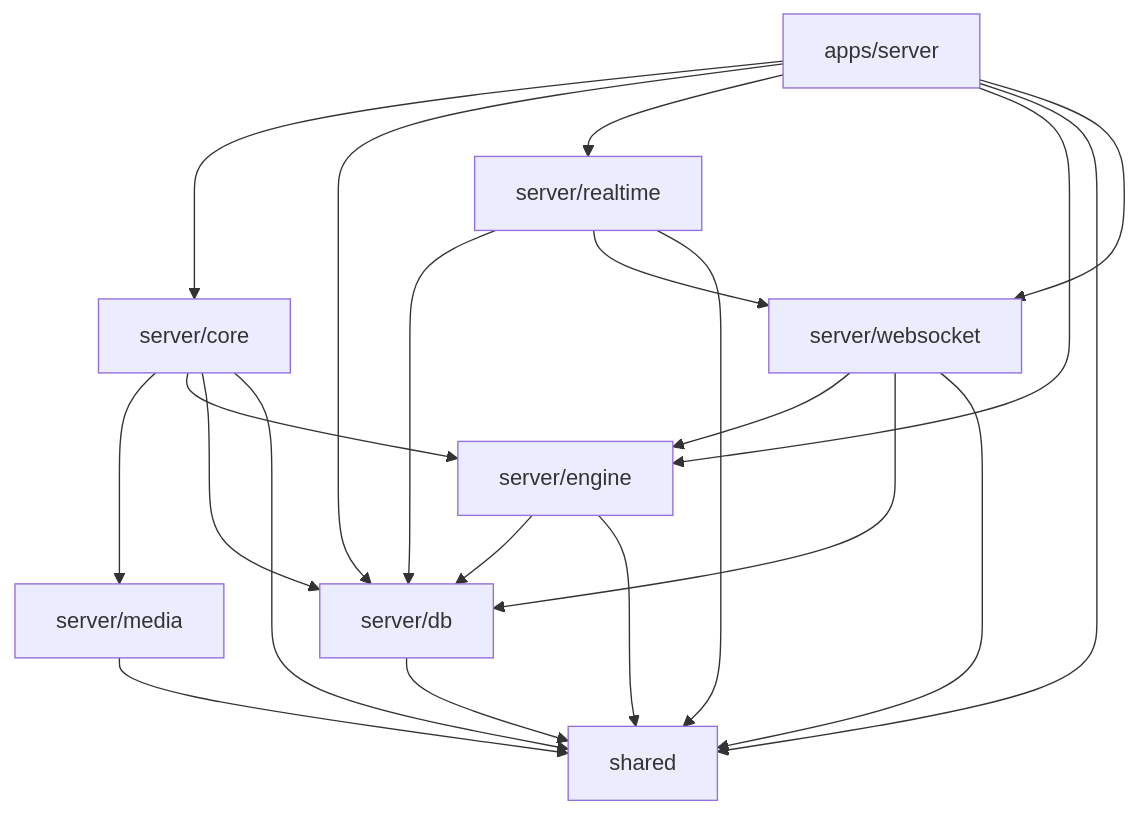
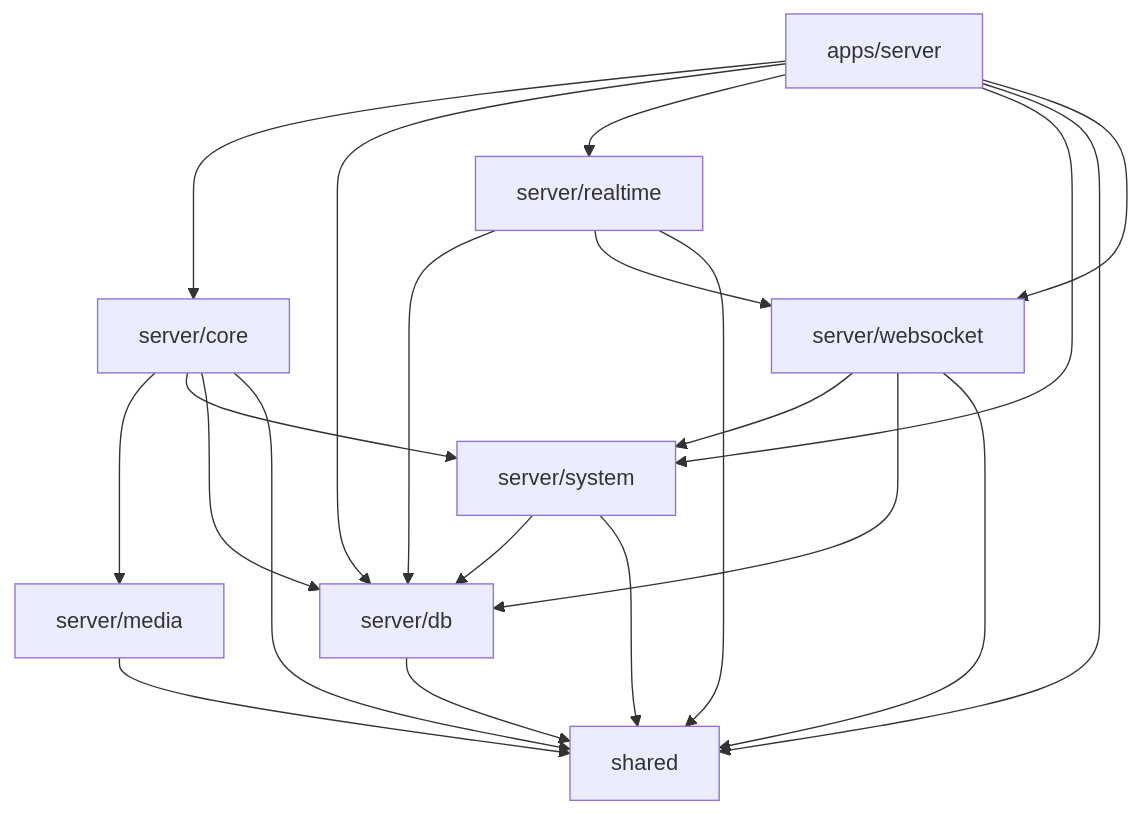
One commit to abrahamahn/abe-stack changed the diagram in docs/architecture/server-dependency-dag.md. Above: the diagram before and after it, drawn with Mermaid. The commit also changed other lines of this file and 488 other files, not shown here.

````diff
--- a/docs/architecture/server-dependency-dag.md
+++ b/docs/architecture/server-dependency-dag.md
@@ -7,31 +7,31 @@
 ```mermaid
 graph TD
   server["apps/server"]
   core["server/core"]
-  server_engine["server/engine"]
+  server_engine["server/system"]
   realtime["server/realtime"]
   websocket["server/websocket"]
   media["server/media"]
   db["server/db"]
   shared["shared"]
   server --> core
   server --> db
   server --> realtime
   server --> server_engine
   server --> shared
   server --> websocket
   core --> media
   core --> server_engine
   core --> db
   core --> shared
   server_engine --> db
   server_engine --> shared
   realtime --> db
   realtime --> websocket
   realtime --> shared
   websocket --> server_engine
   websocket --> db
   websocket --> shared
   media --> shared
   db --> shared
 ```
````
